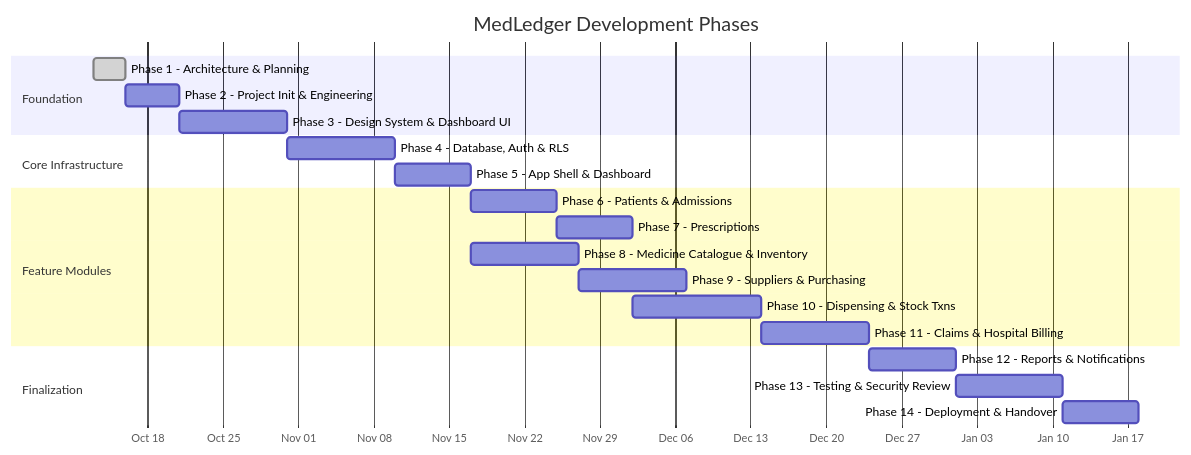
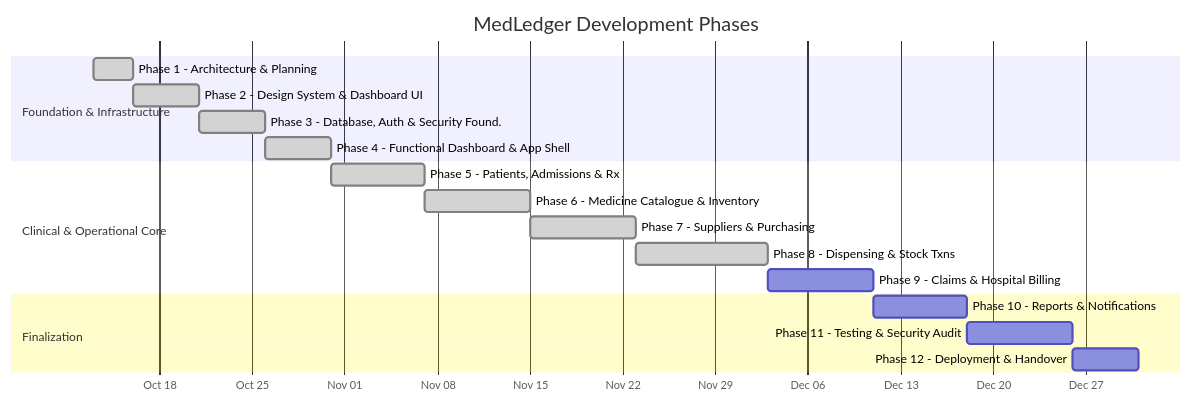
The first of 2 diagrams in docs/DEVELOPMENT_ROADMAP.md (00tatheer00/MedLedger---Pharmacy-Management-System-Sehat-Card-), drawn with Mermaid before and after one commit. The commit also changed other lines of this file and 261 other files, not shown here.

````diff
--- a/docs/DEVELOPMENT_ROADMAP.md
+++ b/docs/DEVELOPMENT_ROADMAP.md
@@ -11,28 +11,24 @@
 ```mermaid
 gantt
     title MedLedger Development Phases
     dateFormat YYYY-MM-DD
     axisFormat %b %d
 
-    section Foundation
-    Phase 1 - Architecture & Planning       :done, p1, 2026-10-13, 3d
-    Phase 2 - Project Init & Engineering    :p2, after p1, 5d
-    Phase 3 - Design System & Dashboard UI  :p3, after p2, 10d
+    section Foundation & Infrastructure
+    Phase 1 - Architecture & Planning         :done, p1, 2026-10-13, 3d
+    Phase 2 - Design System & Dashboard UI    :done, p2, after p1, 5d
+    Phase 3 - Database, Auth & Security Found.:done, p3, after p2, 5d
+    Phase 4 - Functional Dashboard & App Shell:done, p4, after p3, 5d
 
-    section Core Infrastructure
-    Phase 4 - Database, Auth & RLS          :p4, after p3, 10d
-    Phase 5 - App Shell & Dashboard         :p5, after p4, 7d
-
-    section Feature Modules
-    Phase 6 - Patients & Admissions         :p6, after p5, 8d
-    Phase 7 - Prescriptions                 :p7, after p6, 7d
-    Phase 8 - Medicine Catalogue & Inventory:p8, after p5, 10d
-    Phase 9 - Suppliers & Purchasing        :p9, after p8, 10d
-    Phase 10 - Dispensing & Stock Txns      :p10, after p7, 12d
-    Phase 11 - Claims & Hospital Billing    :p11, after p10, 10d
+    section Clinical & Operational Core
+    Phase 5 - Patients, Admissions & Rx       :done, p5, after p4, 7d
+    Phase 6 - Medicine Catalogue & Inventory  :done, p6, after p5, 8d
+    Phase 7 - Suppliers & Purchasing          :done, p7, after p6, 8d
+    Phase 8 - Dispensing & Stock Txns         :done, p8, after p7, 10d
+    Phase 9 - Claims & Hospital Billing       :p9, after p8, 8d
 
     section Finalization
-    Phase 12 - Reports & Notifications      :p12, after p11, 8d
-    Phase 13 - Testing & Security Review    :p13, after p12, 10d
-    Phase 14 - Deployment & Handover        :p14, after p13, 7d
+    Phase 10 - Reports & Notifications        :p10, after p9, 7d
+    Phase 11 - Testing & Security Audit       :p11, after p10, 8d
+    Phase 12 - Deployment & Handover          :p12, after p11, 5d
 ```
````
